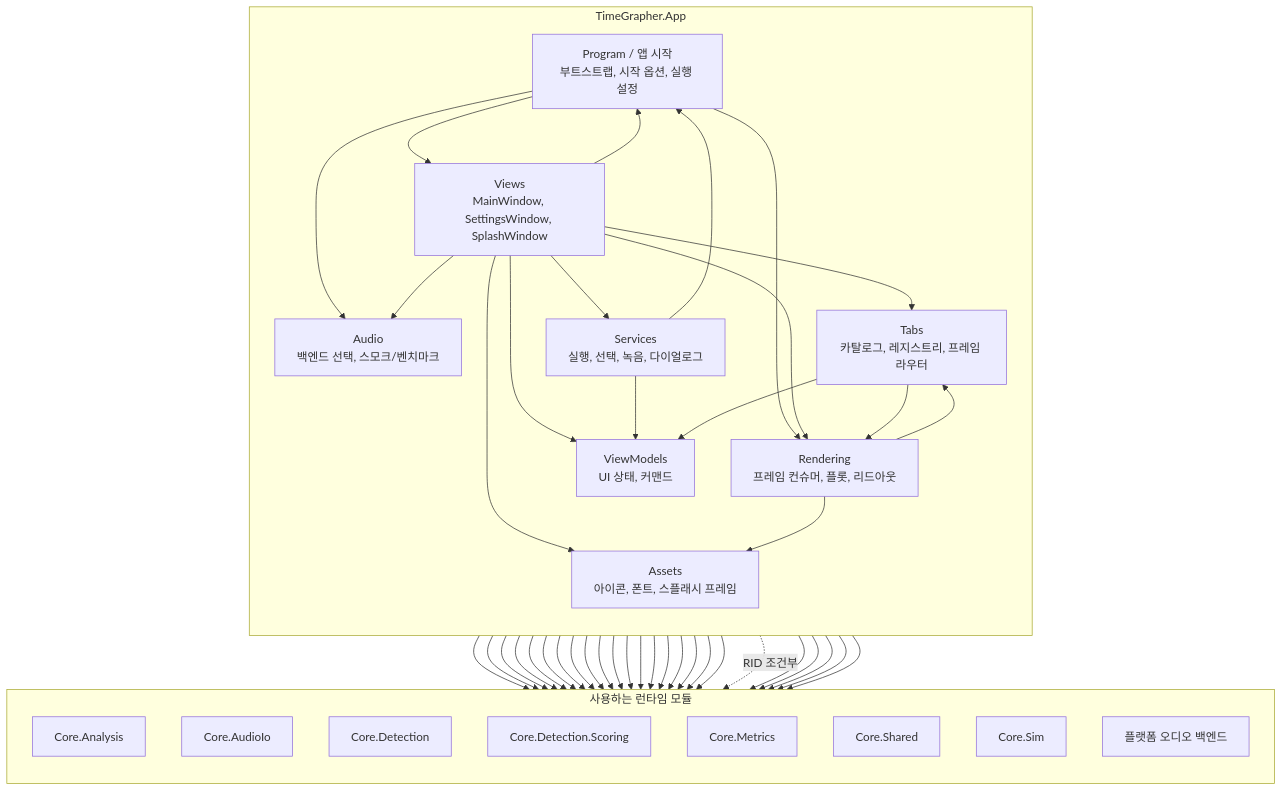
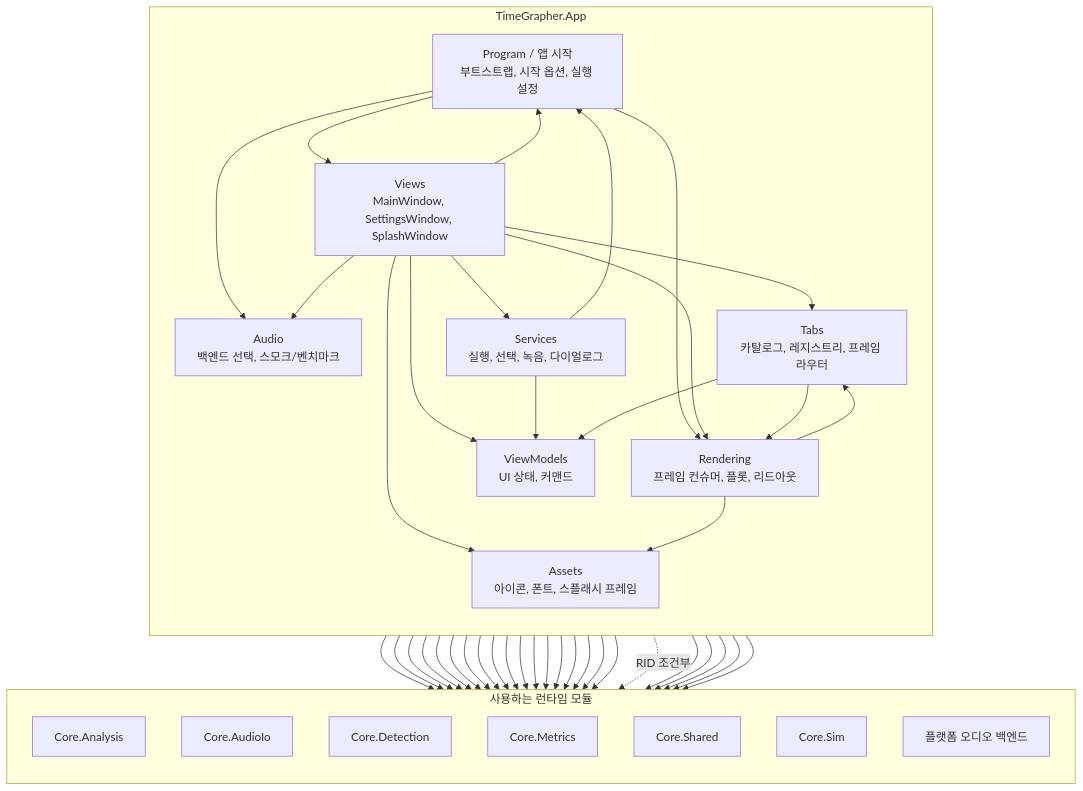
One commit to Jae-hong-5/TimeGrapher-Net changed the second of 3 diagrams in docs/for-ai/MODULE_USES_VIEW.md. Above: the diagram before and after it, drawn with Mermaid. The commit also changed other lines of this file and 4 other files, not shown here.

````diff
--- a/docs/for-ai/MODULE_USES_VIEW.md
+++ b/docs/for-ai/MODULE_USES_VIEW.md
@@ -106,74 +94,72 @@
 ```mermaid
 flowchart TB
     subgraph App["TimeGrapher.App"]
         direction TB
         Program["Program / 앱 시작<br/>부트스트랩, 시작 옵션, 실행 설정"]
         Views["Views<br/>MainWindow, SettingsWindow, SplashWindow"]
         ViewModels["ViewModels<br/>UI 상태, 커맨드"]
         Services["Services<br/>실행, 선택, 녹음, 다이얼로그"]
         Audio["Audio<br/>백엔드 선택, 스모크/벤치마크"]
         Tabs["Tabs<br/>카탈로그, 레지스트리, 프레임 라우터"]
         Rendering["Rendering<br/>프레임 컨슈머, 플롯, 리드아웃"]
         Assets["Assets<br/>아이콘, 폰트, 스플래시 프레임"]
     end
 
     subgraph UsedRuntime["사용하는 런타임 모듈"]
         direction TB
         CoreAnalysis["Core.Analysis"]
         CoreAudioIo["Core.AudioIo"]
         CoreDetection["Core.Detection"]
-        CoreScoring["Core.Detection.Scoring"]
         CoreMetrics["Core.Metrics"]
         CoreShared["Core.Shared"]
         CoreSim["Core.Sim"]
         PlatformAudio["플랫폼 오디오 백엔드"]
     end
 
     Program --> Views
     Program --> Audio
     Program --> Rendering
     Program --> CoreAnalysis
     Program --> CoreAudioIo
-    Program --> CoreScoring
     Program --> CoreShared
 
     Views --> Program
     Views --> ViewModels
     Views --> Services
     Views --> Audio
     Views --> Tabs
     Views --> Rendering
     Views --> CoreAudioIo
     Views --> CoreDetection
     Views --> CoreShared
     Views --> CoreSim
     Views --> Assets
 
     ViewModels --> CoreAnalysis
     ViewModels --> CoreShared
 
     Services --> ViewModels
     Services --> Program
     Services --> CoreAnalysis
     Services --> CoreAudioIo
     Services --> CoreDetection
     Services --> CoreMetrics
     Services --> CoreShared
 
     Audio --> CoreAnalysis
     Audio --> CoreAudioIo
     Audio --> CoreShared
     Audio --> CoreSim
     Audio -. "RID 조건부" .-> PlatformAudio
 
     Tabs --> ViewModels
     Tabs --> Rendering
     Tabs --> CoreAnalysis
     Tabs --> CoreShared
 
     Rendering --> Tabs
     Rendering --> CoreAnalysis
     Rendering --> CoreMetrics
     Rendering --> CoreShared
     Rendering --> Assets
 ```
````
